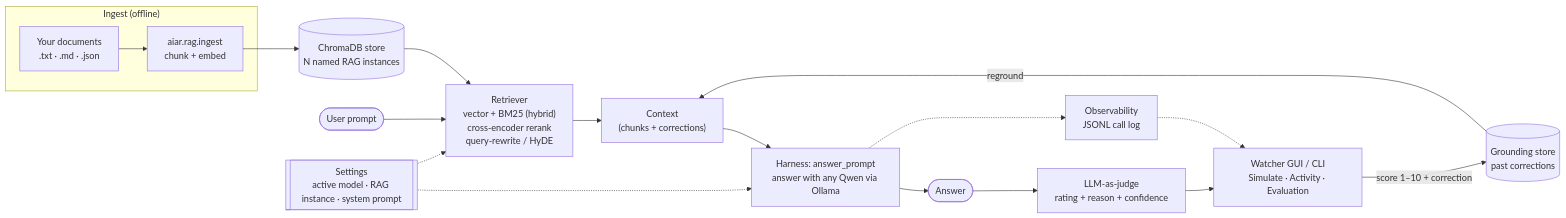
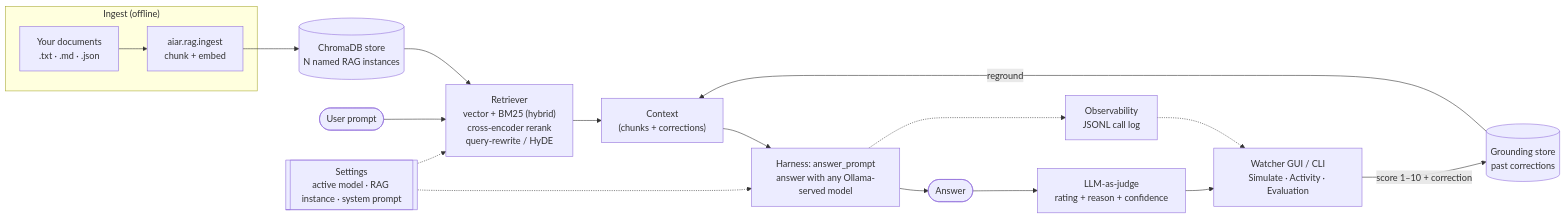
One commit to wiggins-j/aiar changed the diagram in README.md. Above: the diagram before and after it, drawn with Mermaid. The commit also changed other lines of this file, not shown here.

Commit message:
Clarify Ollama backend and model support in README

````diff
--- a/README.md
+++ b/README.md
@@ -430,22 +438,22 @@
 ```mermaid
 flowchart LR
     subgraph INGEST["Ingest (offline)"]
         DOCS["Your documents<br/>.txt · .md · .json"] --> ING["aiar.rag.ingest<br/>chunk + embed"]
     end
     ING --> STORE[("ChromaDB store<br/>N named RAG instances")]
 
     Q(["User prompt"]) --> RET["Retriever<br/>vector + BM25 (hybrid)<br/>cross-encoder rerank<br/>query-rewrite / HyDE"]
     STORE --> RET
     GND[("Grounding store<br/>past corrections")] -- reground --> CTX["Context<br/>(chunks + corrections)"]
     RET --> CTX
-    CTX --> HAR["Harness: answer_prompt<br/>answer with any Qwen via Ollama"]
+    CTX --> HAR["Harness: answer_prompt<br/>answer with any Ollama-served model"]
     HAR --> ANS(["Answer"])
     ANS --> JUDGE["LLM-as-judge<br/>rating + reason + confidence"]
     JUDGE --> GUI["Watcher GUI / CLI<br/>Simulate · Activity · Evaluation"]
     GUI -- "score 1–10 + correction" --> GND
 
     SET[["Settings<br/>active model · RAG instance · system prompt"]] -.-> HAR
     SET -.-> RET
     OBS["Observability<br/>JSONL call log"] -.-> GUI
     HAR -.-> OBS
 ```
````
